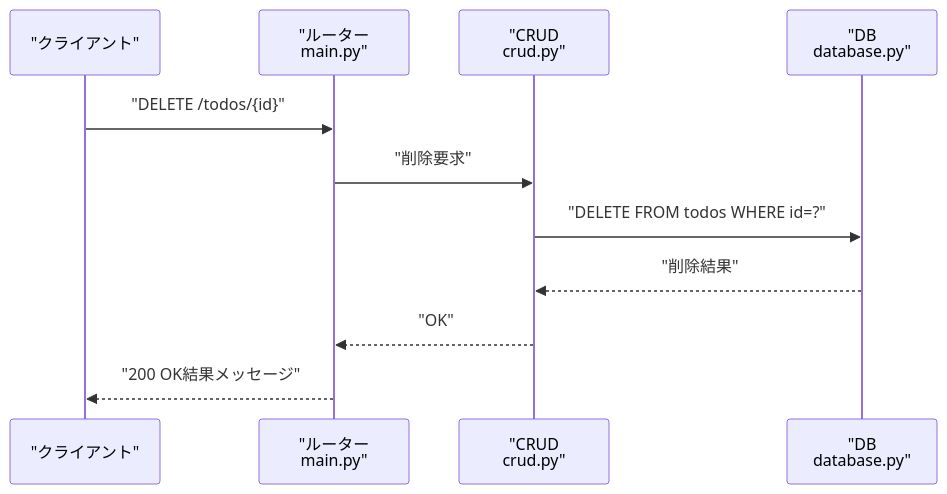
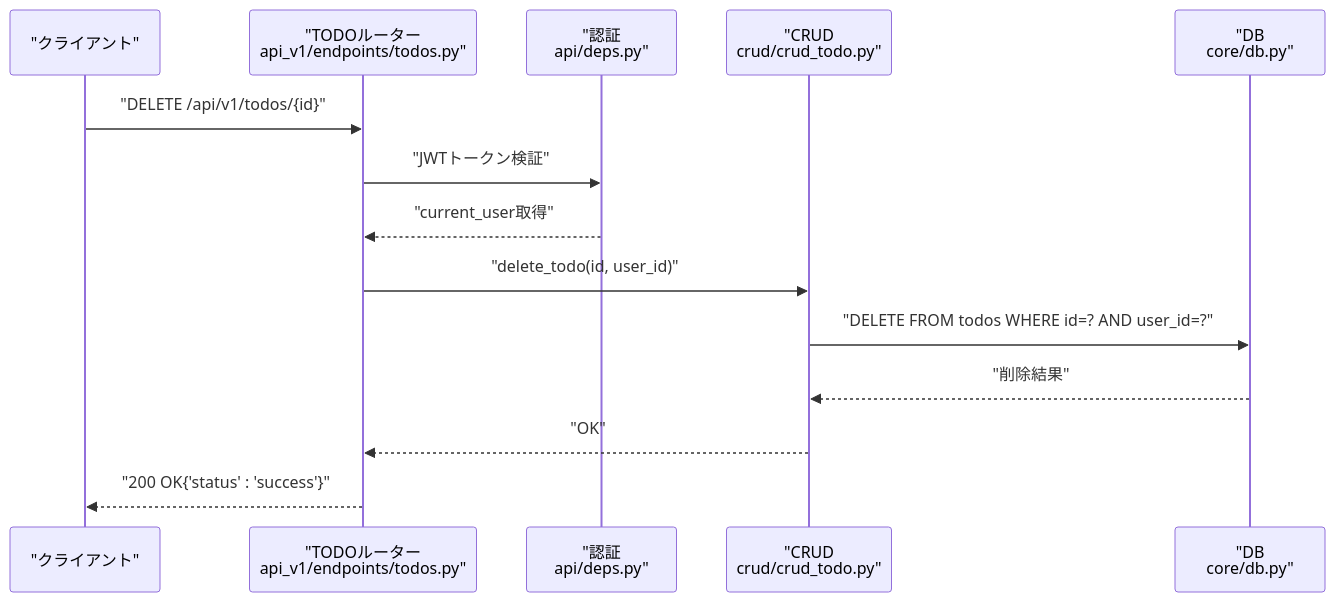
The sixth of 7 diagrams in .qoder/repowiki/ja/content/APIリファレンス/TODO管理API.md (ss8806/Todos), drawn with Mermaid before and after one commit. The commit also changed other lines of this file and 6 other files, not shown here.

````diff
--- a/.qoder/repowiki/ja/content/APIリファレンス/TODO管理API.md
+++ b/.qoder/repowiki/ja/content/APIリファレンス/TODO管理API.md
@@ -268,13 +310,16 @@
 ```mermaid
 sequenceDiagram
 participant C as "クライアント"
-participant R as "ルーター<br/>main.py"
-participant U as "CRUD<br/>crud.py"
-participant D as "DB<br/>database.py"
-C->>R : "DELETE /todos/{id}"
-R->>U : "削除要求"
-U->>D : "DELETE FROM todos WHERE id=?"
+participant R as "TODOルーター<br/>api_v1/endpoints/todos.py"
+participant A as "認証<br/>api/deps.py"
+participant U as "CRUD<br/>crud/crud_todo.py"
+participant D as "DB<br/>core/db.py"
+C->>R : "DELETE /api/v1/todos/{id}"
+R->>A : "JWTトークン検証"
+A-->>R : "current_user取得"
+R->>U : "delete_todo(id, user_id)"
+U->>D : "DELETE FROM todos WHERE id=? AND user_id=?"
 D-->>U : "削除結果"
 U-->>R : "OK"
-R-->>C : "200 OK結果メッセージ"
+R-->>C : "200 OK{'status' : 'success'}"
 ```
````
